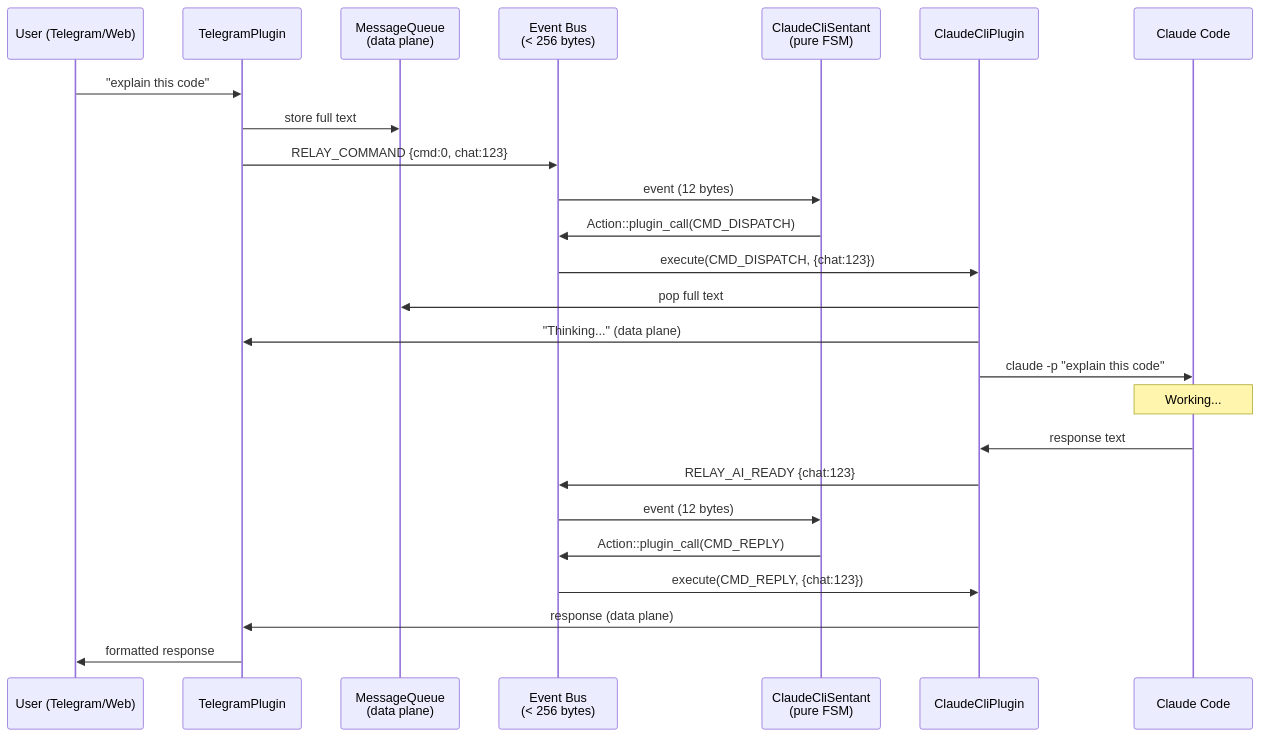
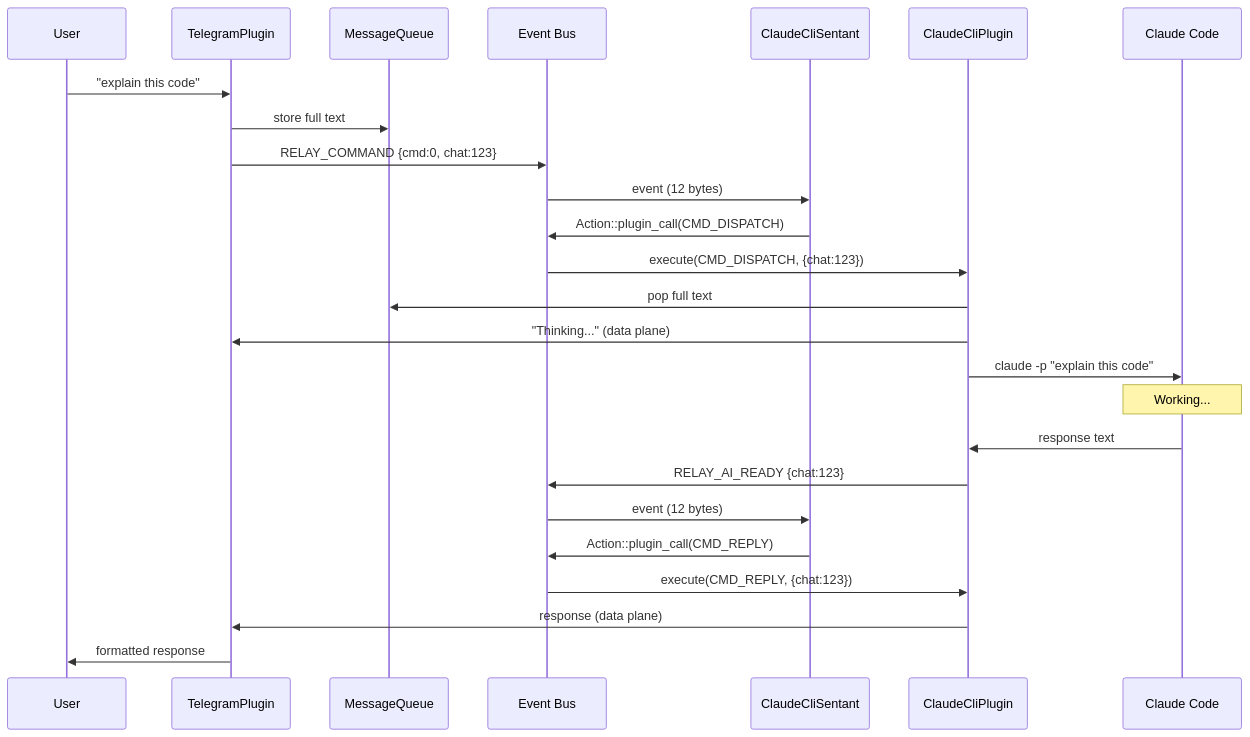
Before and after one commit to reality2-ai/anthill: the diagram in docs/architecture.md, drawn with Mermaid. The commit also changed 2 other files, not shown here.

Commit message:
fix: simplify mermaid diagrams — remove emojis and br tags
GitHub's mermaid renderer can choke on special characters in node
labels. Simplified all diagrams to plain text labels.

````diff
--- a/docs/architecture.md
+++ b/docs/architecture.md
@@ -66,28 +66,28 @@
 ```mermaid
 sequenceDiagram
-    participant User as User (Telegram/Web)
+    participant User as User
     participant TP as TelegramPlugin
-    participant MQ as MessageQueue<br/>(data plane)
-    participant Bus as Event Bus<br/>(< 256 bytes)
-    participant S as ClaudeCliSentant<br/>(pure FSM)
+    participant MQ as MessageQueue
+    participant Bus as Event Bus
+    participant S as ClaudeCliSentant
     participant CP as ClaudeCliPlugin
     participant C as Claude Code
 
     User->>TP: "explain this code"
     TP->>MQ: store full text
     TP->>Bus: RELAY_COMMAND {cmd:0, chat:123}
     Bus->>S: event (12 bytes)
     S->>Bus: Action::plugin_call(CMD_DISPATCH)
     Bus->>CP: execute(CMD_DISPATCH, {chat:123})
     CP->>MQ: pop full text
     CP->>TP: "Thinking..." (data plane)
     CP->>C: claude -p "explain this code"
     Note over C: Working...
     C->>CP: response text
     CP->>Bus: RELAY_AI_READY {chat:123}
     Bus->>S: event (12 bytes)
     S->>Bus: Action::plugin_call(CMD_REPLY)
     Bus->>CP: execute(CMD_REPLY, {chat:123})
     CP->>TP: response (data plane)
     TP->>User: formatted response
 ```
````
